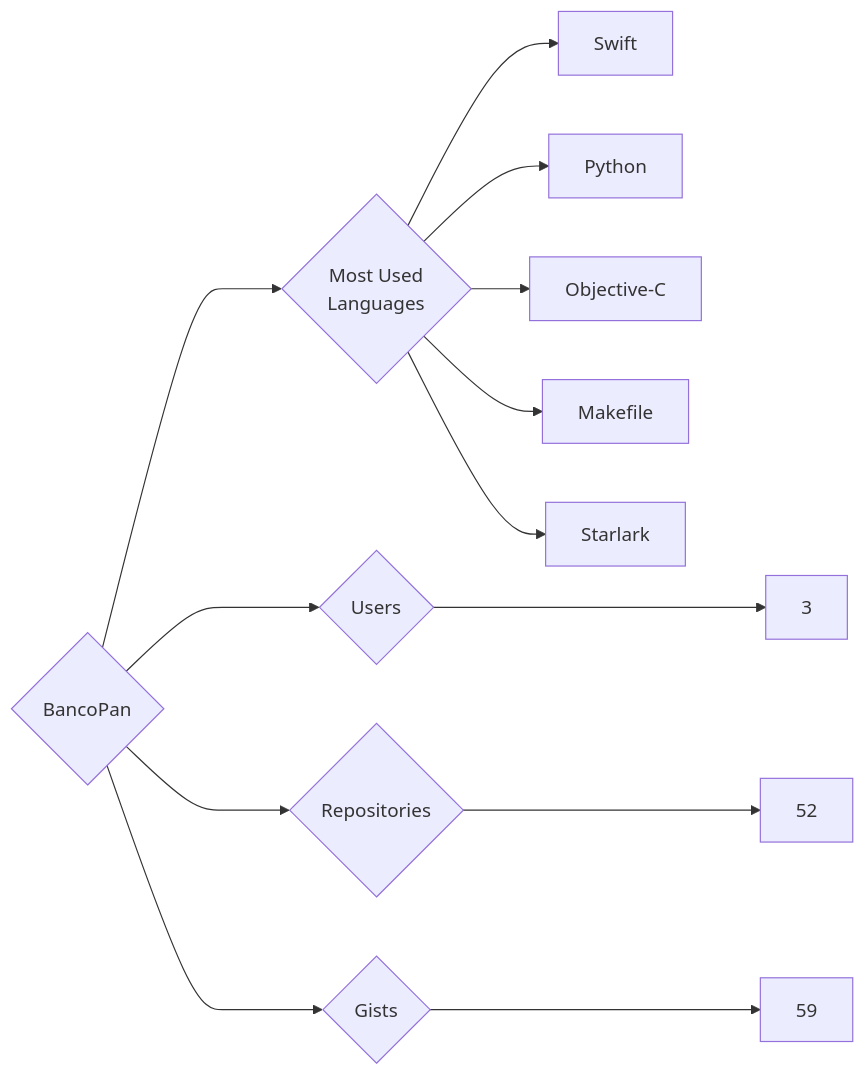
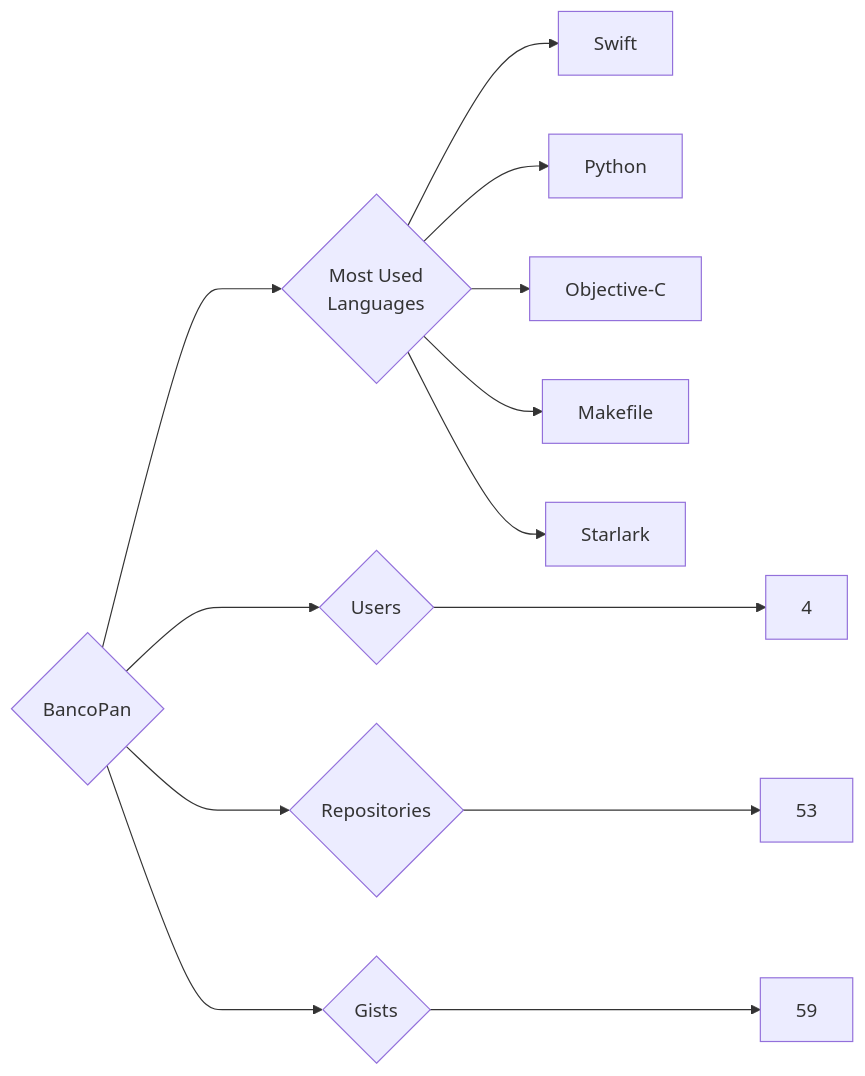
The diagram in targets/BancoPan/README.md (trickest/insiders), drawn with Mermaid before and after one commit. The commit also changed 912 other files, not shown here.

````diff
--- a/targets/BancoPan/README.md
+++ b/targets/BancoPan/README.md
@@ -3,13 +3,13 @@
 ```mermaid
 graph LR
 COMPANY_NAME{BancoPan}
-COMPANY_NAME ---> U{Users} ---> UN[3]
-COMPANY_NAME ---> R{Repositories} ---> RN[52]
+COMPANY_NAME ---> U{Users} ---> UN[4]
+COMPANY_NAME ---> R{Repositories} ---> RN[53]
 COMPANY_NAME ---> G{Gists} ---> GN[59]
 COMPANY_NAME ---> ML{Most Used<br>Languages}
 ML --> Swift[Swift]
 ML --> Python[Python]
 ML --> Objective-C[Objective-C]
 ML --> Makefile[Makefile]
 ML --> Starlark[Starlark]
 ```
````
